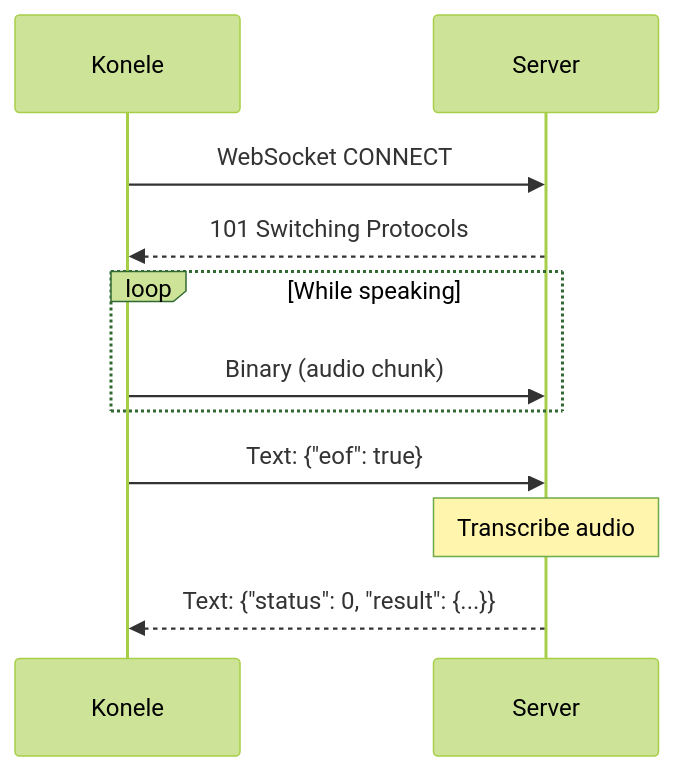
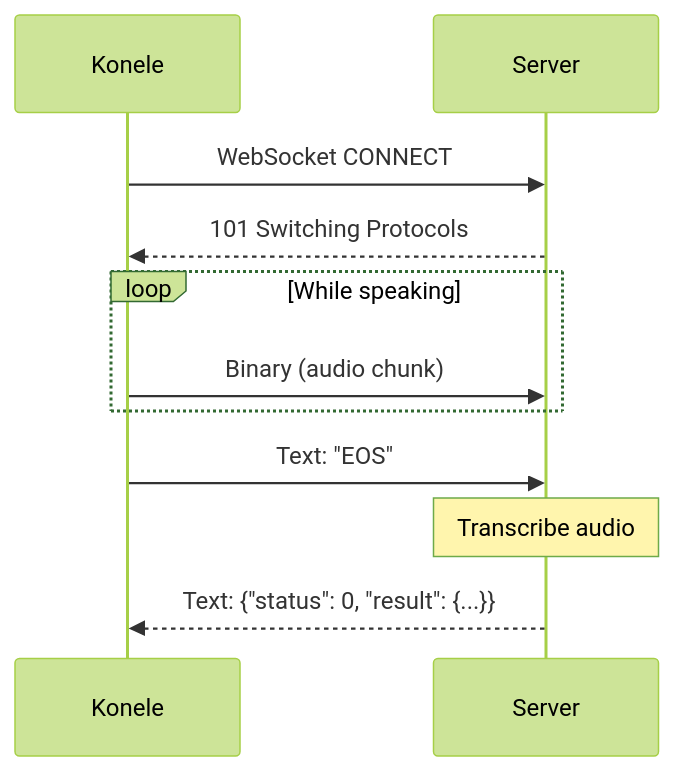
Before and after one commit to paolino/whisper-server: the second of 3 diagrams in docs/architecture.md, drawn with Mermaid (forest theme). The commit also changed other lines of this file and 3 other files, not shown here.

````diff
--- a/docs/architecture.md
+++ b/docs/architecture.md
@@ -79,17 +79,17 @@
 ```mermaid
 sequenceDiagram
     participant K as Konele
     participant S as Server
 
     K->>S: WebSocket CONNECT
     S-->>K: 101 Switching Protocols
 
     loop While speaking
         K->>S: Binary (audio chunk)
     end
 
-    K->>S: Text: {"eof": true}
+    K->>S: Text: "EOS"
     Note over S: Transcribe audio
 
     S-->>K: Text: {"status": 0, "result": {...}}
 ```
````
